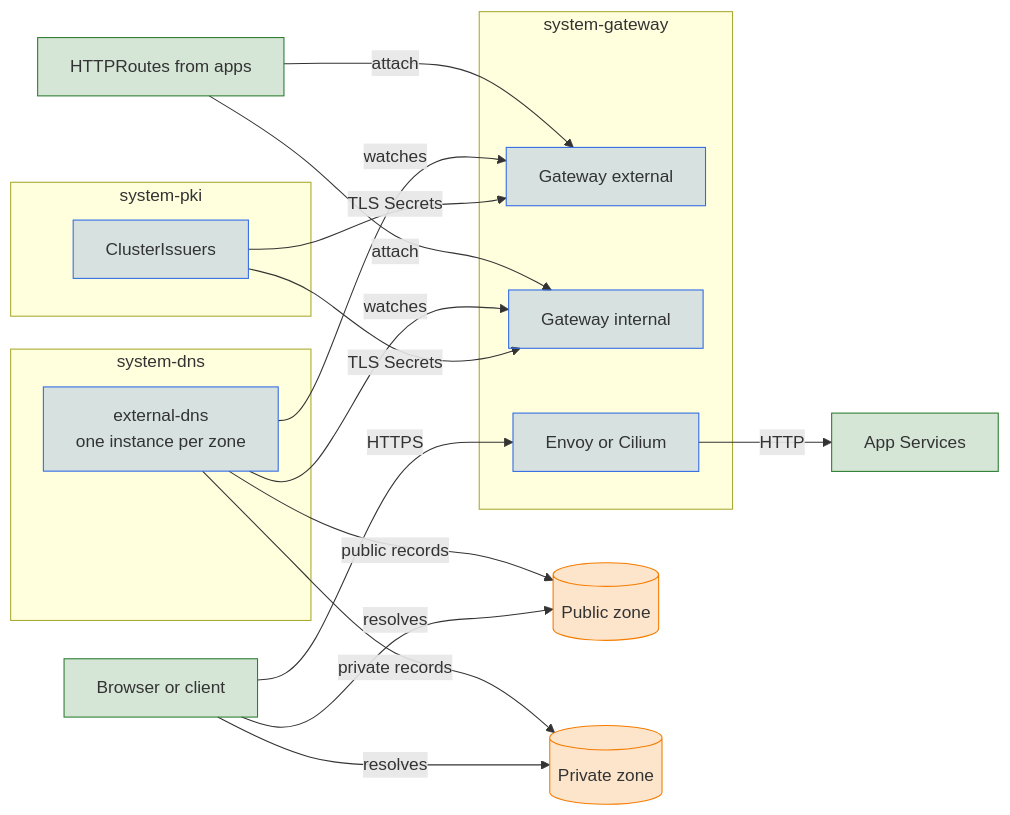
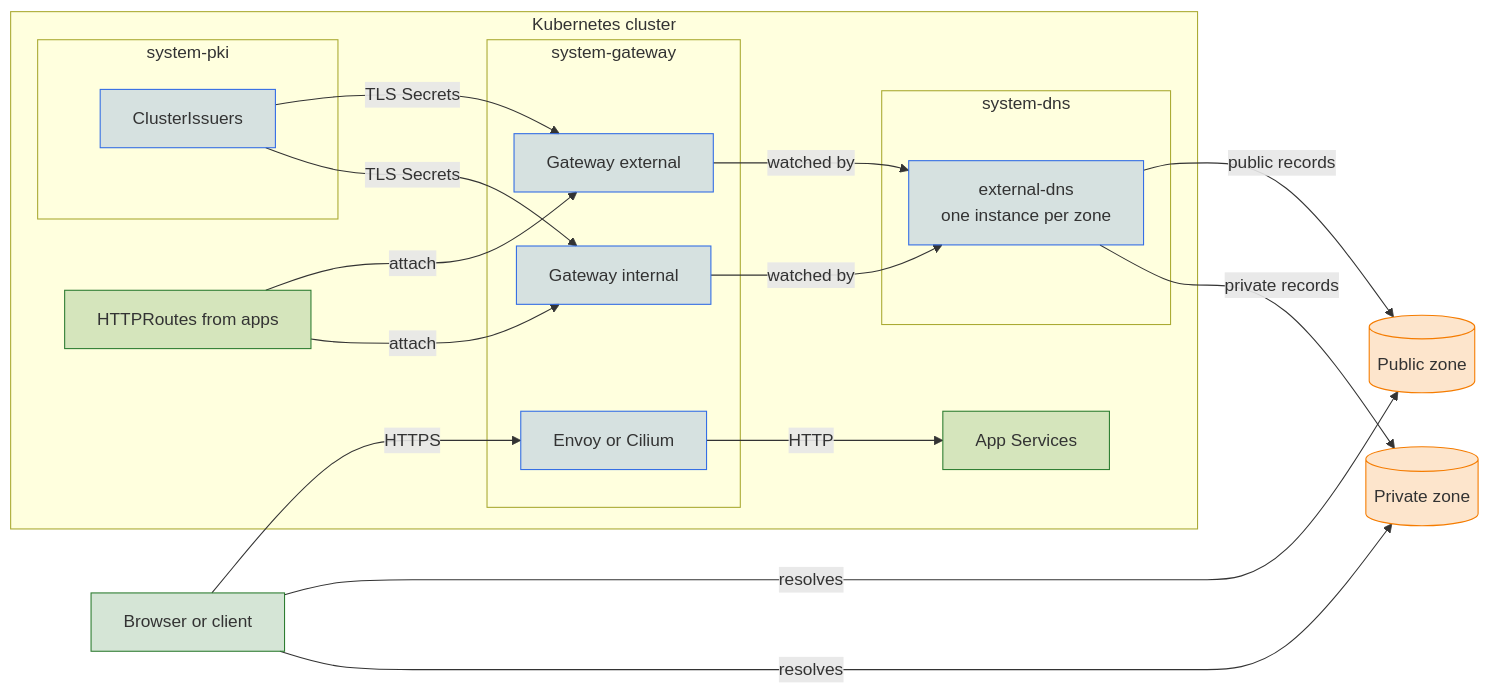
Before and after one commit to windsorcli/core: the diagram in docs/guides/gateway/index.md, drawn with Mermaid. The commit also changed other lines of this file and 9 other files, not shown here.

````diff
--- a/docs/guides/gateway/index.md
+++ b/docs/guides/gateway/index.md
@@ -128,42 +135,46 @@
 ```mermaid
 flowchart LR
   client[Browser or client]
-  routes[HTTPRoutes from apps]
+
+  subgraph cluster[Kubernetes cluster]
+    routes[HTTPRoutes from apps]
+
+    subgraph systempki[system-pki]
+      issuer[ClusterIssuers]
+    end
+
+    subgraph systemgateway[system-gateway]
+      external[Gateway external]
+      internal[Gateway internal]
+      proxy[Envoy or Cilium]
+    end
+
+    subgraph systemdns[system-dns]
+      edns[external-dns<br/>one instance per zone]
+    end
+
+    apps[App Services]
+  end
+
   publiczone[(Public zone)]
   privatezone[(Private zone)]
 
-  subgraph systemdns[system-dns]
-    edns[external-dns<br/>one instance per zone]
-  end
-
-  subgraph systempki[system-pki]
-    issuer[ClusterIssuers]
-  end
-
-  subgraph systemgateway[system-gateway]
-    external[Gateway external]
-    internal[Gateway internal]
-    proxy[Envoy or Cilium]
-  end
-
-  apps[App Services]
-
+  client -->|HTTPS| proxy
+  proxy -->|HTTP| apps
   routes -->|attach| external
   routes -->|attach| internal
-  edns -->|watches| external
-  edns -->|watches| internal
+  issuer -->|TLS Secrets| external
+  issuer -->|TLS Secrets| internal
+  external -->|watched by| edns
+  internal -->|watched by| edns
   edns -->|public records| publiczone
   edns -->|private records| privatezone
-  issuer -->|TLS Secrets| external
-  issuer -->|TLS Secrets| internal
   client -->|resolves| publiczone
   client -->|resolves| privatezone
-  client -->|HTTPS| proxy
-  proxy -->|HTTP| apps
   classDef app fill:#2E7D3233,stroke:#2E7D32
   classDef store fill:#F57C0033,stroke:#F57C00
   classDef k8s fill:#326CE533,stroke:#326CE5
   class client,routes,apps app
   class publiczone,privatezone store
   class edns,issuer,external,internal,proxy k8s
 ```
````
